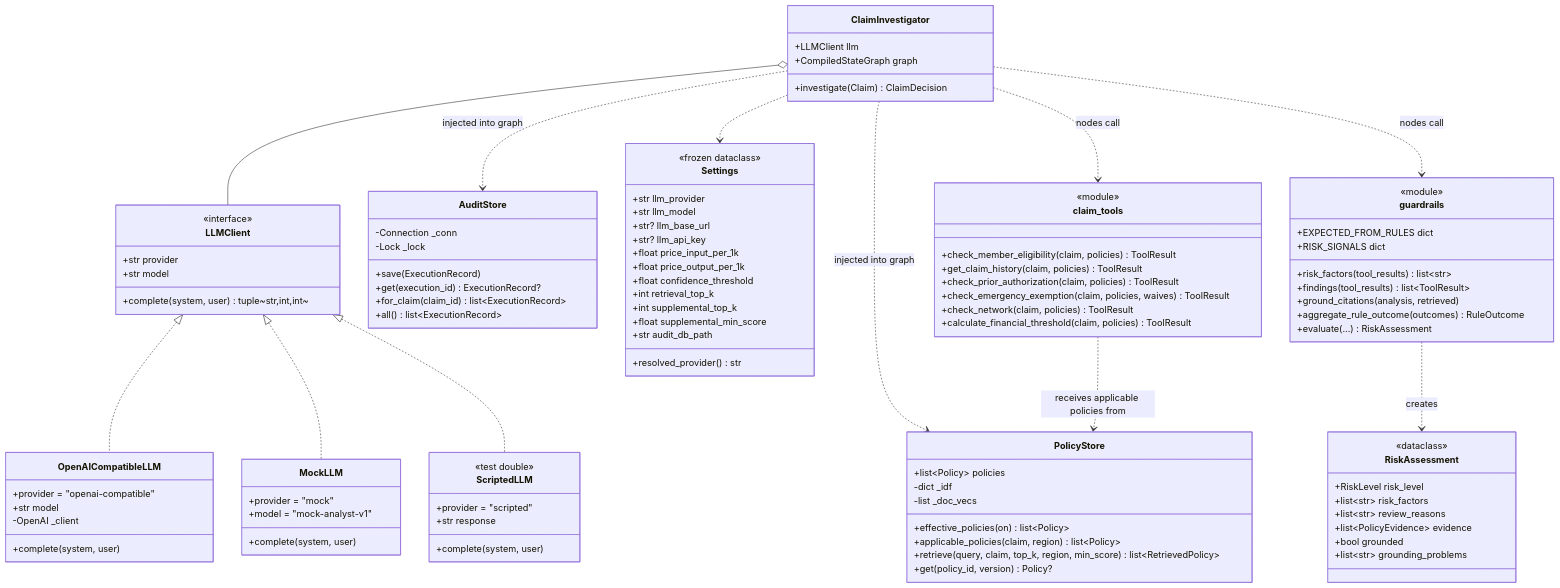
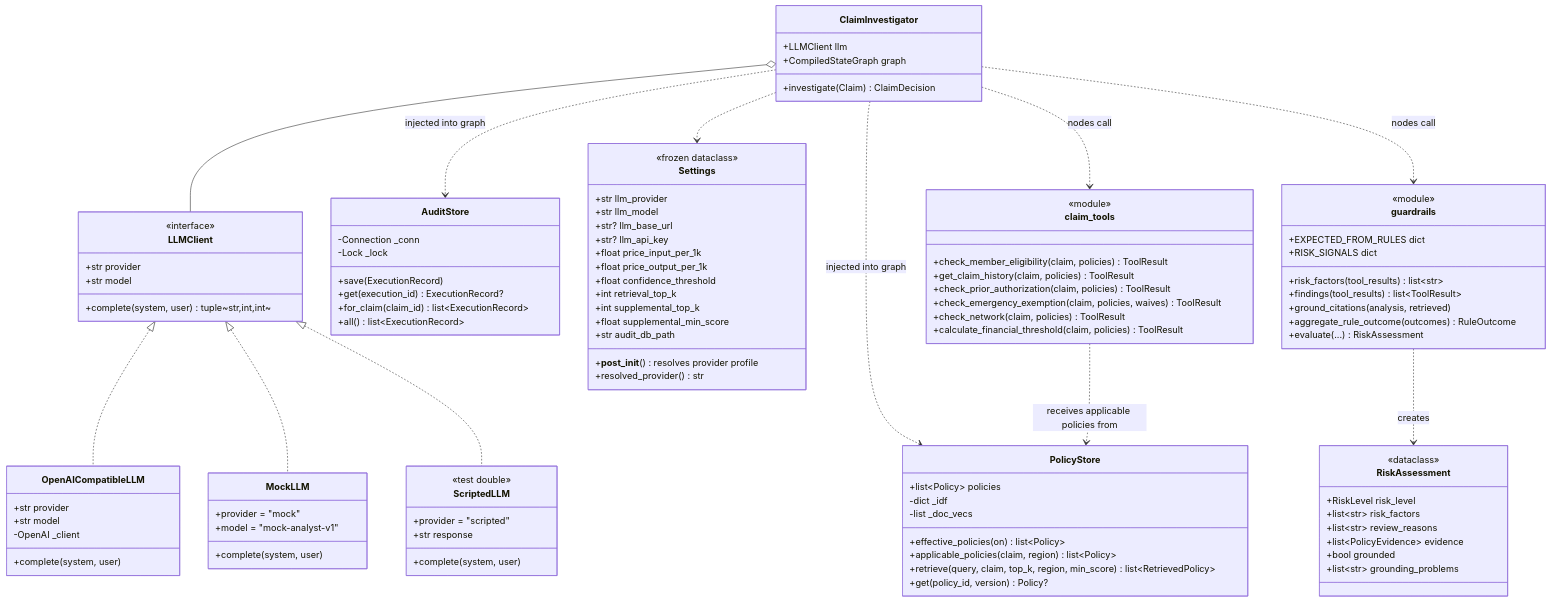
One commit to jefersonbraga/ClaimPilot changed the fourth of 17 diagrams in docs/ARCHITECTURE.md. Above: the diagram before and after it, drawn with Mermaid. The commit also changed other lines of this file and 26 other files, not shown here.

```diff
--- a/docs/ARCHITECTURE.md
+++ b/docs/ARCHITECTURE.md
@@ -298,7 +301,7 @@
         +complete(system, user) tuple~str,int,int~
     }
     class OpenAICompatibleLLM {
-        +provider = "openai-compatible"
+        +str provider
         +str model
         -OpenAI _client
         +complete(system, user)
@@ -359,6 +362,7 @@
         +str llm_model
         +str? llm_base_url
         +str? llm_api_key
+        +__post_init__() resolves provider profile
         +float price_input_per_1k
         +float price_output_per_1k
         +float confidence_threshold
```
